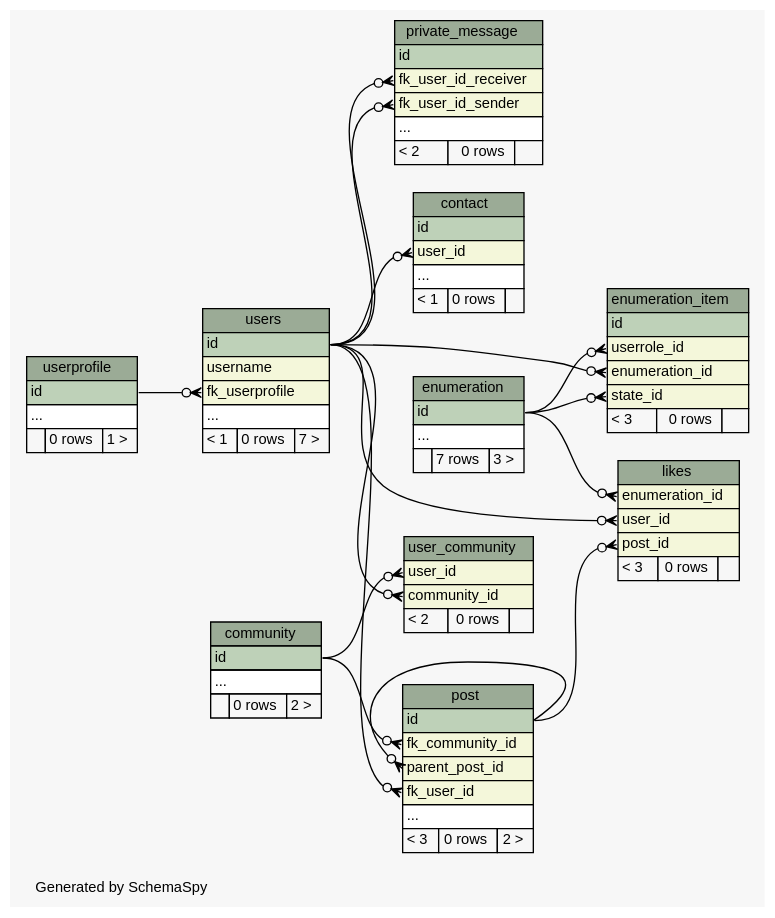
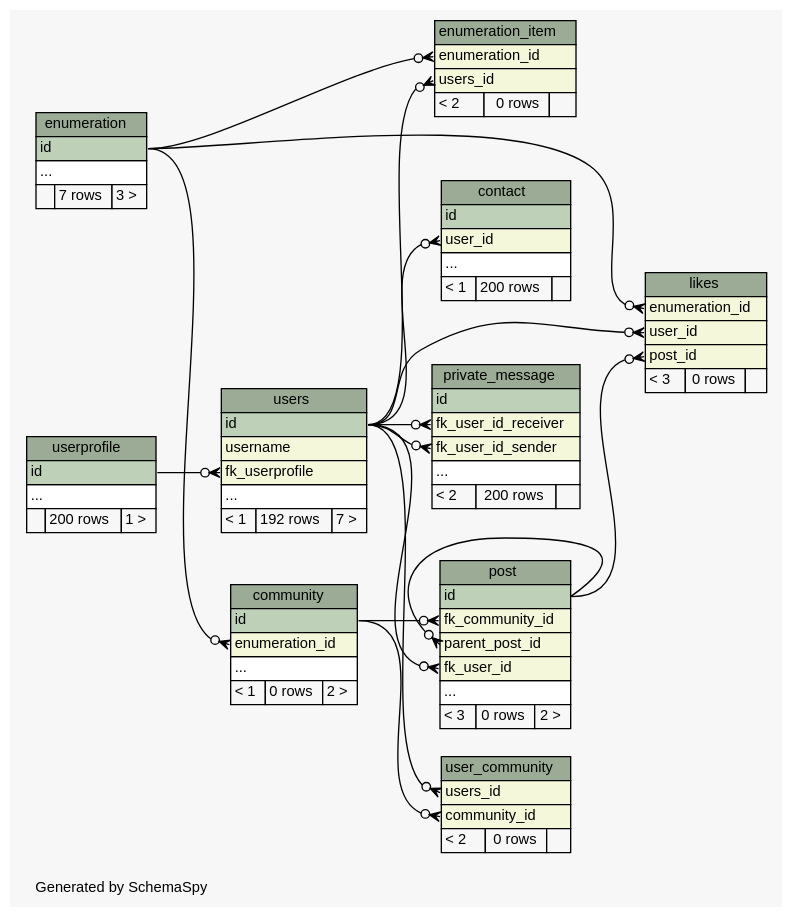
Before and after one commit to chr-krenn/chr-krenn-fhj-ws2017-sd17-pse: the diagram in doc/db_schema/diagrams/summary/relationships.real.compact.dot, drawn with Graphviz. The commit also changed 72 other files, not shown here.

```diff
--- a/doc/db_schema/diagrams/summary/relationships.real.compact.dot
+++ b/doc/db_schema/diagrams/summary/relationships.real.compact.dot
@@ -1,158 +1,157 @@
 // dot 2.40.1 on Linux 4.12.5-300.fc26.x86_64
 // SchemaSpy rev 590
 digraph "compactRelationshipsDiagram" {
   graph [
     rankdir="RL"
     bgcolor="#f7f7f7"
     label="\nGenerated by SchemaSpy"
     labeljust="l"
     nodesep="0.18"
     ranksep="0.46"
     fontname="Helvetica"
     fontsize="11"
   ];
   node [
     fontname="Helvetica"
     fontsize="11"
     shape="plaintext"
   ];
   edge [
     arrowsize="0.8"
   ];
   "community" [
     label=<
     <TABLE BORDER="0" CELLBORDER="1" CELLSPACING="0" BGCOLOR="#ffffff">
       <TR><TD COLSPAN="3" BGCOLOR="#9bab96" ALIGN="CENTER">community</TD></TR>
       <TR><TD PORT="id" COLSPAN="3" BGCOLOR="#bed1b8" ALIGN="LEFT">id</TD></TR>
+      <TR><TD PORT="enumeration_id" COLSPAN="3" BGCOLOR="#f4f7da" ALIGN="LEFT">enumeration_id</TD></TR>
       <TR><TD PORT="elipses" COLSPAN="3" ALIGN="LEFT">...</TD></TR>
-      <TR><TD ALIGN="LEFT" BGCOLOR="#f7f7f7">  </TD><TD ALIGN="RIGHT" BGCOLOR="#f7f7f7">0 rows</TD><TD ALIGN="RIGHT" BGCOLOR="#f7f7f7">2 &gt;</TD></TR>
+      <TR><TD ALIGN="LEFT" BGCOLOR="#f7f7f7">&lt; 1</TD><TD ALIGN="RIGHT" BGCOLOR="#f7f7f7">0 rows</TD><TD ALIGN="RIGHT" BGCOLOR="#f7f7f7">2 &gt;</TD></TR>
     </TABLE>>
     URL="tables/community.html"
     tooltip="community"
   ];
   "contact" [
     label=<
     <TABLE BORDER="0" CELLBORDER="1" CELLSPACING="0" BGCOLOR="#ffffff">
       <TR><TD COLSPAN="3" BGCOLOR="#9bab96" ALIGN="CENTER">contact</TD></TR>
       <TR><TD PORT="id" COLSPAN="3" BGCOLOR="#bed1b8" ALIGN="LEFT">id</TD></TR>
       <TR><TD PORT="user_id" COLSPAN="3" BGCOLOR="#f4f7da" ALIGN="LEFT">user_id</TD></TR>
       <TR><TD PORT="elipses" COLSPAN="3" ALIGN="LEFT">...</TD></TR>
-      <TR><TD ALIGN="LEFT" BGCOLOR="#f7f7f7">&lt; 1</TD><TD ALIGN="RIGHT" BGCOLOR="#f7f7f7">0 rows</TD><TD ALIGN="RIGHT" BGCOLOR="#f7f7f7">  </TD></TR>
+      <TR><TD ALIGN="LEFT" BGCOLOR="#f7f7f7">&lt; 1</TD><TD ALIGN="RIGHT" BGCOLOR="#f7f7f7">200 rows</TD><TD ALIGN="RIGHT" BGCOLOR="#f7f7f7">  </TD></TR>
     </TABLE>>
     URL="tables/contact.html"
     tooltip="contact"
   ];
   "enumeration" [
     label=<
     <TABLE BORDER="0" CELLBORDER="1" CELLSPACING="0" BGCOLOR="#ffffff">
       <TR><TD COLSPAN="3" BGCOLOR="#9bab96" ALIGN="CENTER">enumeration</TD></TR>
       <TR><TD PORT="id" COLSPAN="3" BGCOLOR="#bed1b8" ALIGN="LEFT">id</TD></TR>
       <TR><TD PORT="elipses" COLSPAN="3" ALIGN="LEFT">...</TD></TR>
       <TR><TD ALIGN="LEFT" BGCOLOR="#f7f7f7">  </TD><TD ALIGN="RIGHT" BGCOLOR="#f7f7f7">7 rows</TD><TD ALIGN="RIGHT" BGCOLOR="#f7f7f7">3 &gt;</TD></TR>
     </TABLE>>
     URL="tables/enumeration.html"
     tooltip="enumeration"
   ];
   "enumeration_item" [
     label=<
     <TABLE BORDER="0" CELLBORDER="1" CELLSPACING="0" BGCOLOR="#ffffff">
       <TR><TD COLSPAN="3" BGCOLOR="#9bab96" ALIGN="CENTER">enumeration_item</TD></TR>
-      <TR><TD PORT="id" COLSPAN="3" BGCOLOR="#bed1b8" ALIGN="LEFT">id</TD></TR>
-      <TR><TD PORT="userrole_id" COLSPAN="3" BGCOLOR="#f4f7da" ALIGN="LEFT">userrole_id</TD></TR>
       <TR><TD PORT="enumeration_id" COLSPAN="3" BGCOLOR="#f4f7da" ALIGN="LEFT">enumeration_id</TD></TR>
-      <TR><TD PORT="state_id" COLSPAN="3" BGCOLOR="#f4f7da" ALIGN="LEFT">state_id</TD></TR>
-      <TR><TD ALIGN="LEFT" BGCOLOR="#f7f7f7">&lt; 3</TD><TD ALIGN="RIGHT" BGCOLOR="#f7f7f7">0 rows</TD><TD ALIGN="RIGHT" BGCOLOR="#f7f7f7">  </TD></TR>
+      <TR><TD PORT="users_id" COLSPAN="3" BGCOLOR="#f4f7da" ALIGN="LEFT">users_id</TD></TR>
+      <TR><TD ALIGN="LEFT" BGCOLOR="#f7f7f7">&lt; 2</TD><TD ALIGN="RIGHT" BGCOLOR="#f7f7f7">0 rows</TD><TD ALIGN="RIGHT" BGCOLOR="#f7f7f7">  </TD></TR>
     </TABLE>>
     URL="tables/enumeration_item.html"
     tooltip="enumeration_item"
   ];
   "likes" [
     label=<
     <TABLE BORDER="0" CELLBORDER="1" CELLSPACING="0" BGCOLOR="#ffffff">
       <TR><TD COLSPAN="3" BGCOLOR="#9bab96" ALIGN="CENTER">likes</TD></TR>
       <TR><TD PORT="enumeration_id" COLSPAN="3" BGCOLOR="#f4f7da" ALIGN="LEFT">enumeration_id</TD></TR>
       <TR><TD PORT="user_id" COLSPAN="3" BGCOLOR="#f4f7da" ALIGN="LEFT">user_id</TD></TR>
       <TR><TD PORT="post_id" COLSPAN="3" BGCOLOR="#f4f7da" ALIGN="LEFT">post_id</TD></TR>
       <TR><TD ALIGN="LEFT" BGCOLOR="#f7f7f7">&lt; 3</TD><TD ALIGN="RIGHT" BGCOLOR="#f7f7f7">0 rows</TD><TD ALIGN="RIGHT" BGCOLOR="#f7f7f7">  </TD></TR>
     </TABLE>>
     URL="tables/likes.html"
     tooltip="likes"
   ];
   "post" [
     label=<
     <TABLE BORDER="0" CELLBORDER="1" CELLSPACING="0" BGCOLOR="#ffffff">
       <TR><TD COLSPAN="3" BGCOLOR="#9bab96" ALIGN="CENTER">post</TD></TR>
       <TR><TD PORT="id" COLSPAN="3" BGCOLOR="#bed1b8" ALIGN="LEFT">id</TD></TR>
       <TR><TD PORT="fk_community_id" COLSPAN="3" BGCOLOR="#f4f7da" ALIGN="LEFT">fk_community_id</TD></TR>
       <TR><TD PORT="parent_post_id" COLSPAN="3" BGCOLOR="#f4f7da" ALIGN="LEFT">parent_post_id</TD></TR>
       <TR><TD PORT="fk_user_id" COLSPAN="3" BGCOLOR="#f4f7da" ALIGN="LEFT">fk_user_id</TD></TR>
       <TR><TD PORT="elipses" COLSPAN="3" ALIGN="LEFT">...</TD></TR>
       <TR><TD ALIGN="LEFT" BGCOLOR="#f7f7f7">&lt; 3</TD><TD ALIGN="RIGHT" BGCOLOR="#f7f7f7">0 rows</TD><TD ALIGN="RIGHT" BGCOLOR="#f7f7f7">2 &gt;</TD></TR>
     </TABLE>>
     URL="tables/post.html"
     tooltip="post"
   ];
   "private_message" [
     label=<
     <TABLE BORDER="0" CELLBORDER="1" CELLSPACING="0" BGCOLOR="#ffffff">
       <TR><TD COLSPAN="3" BGCOLOR="#9bab96" ALIGN="CENTER">private_message</TD></TR>
       <TR><TD PORT="id" COLSPAN="3" BGCOLOR="#bed1b8" ALIGN="LEFT">id</TD></TR>
       <TR><TD PORT="fk_user_id_receiver" COLSPAN="3" BGCOLOR="#f4f7da" ALIGN="LEFT">fk_user_id_receiver</TD></TR>
       <TR><TD PORT="fk_user_id_sender" COLSPAN="3" BGCOLOR="#f4f7da" ALIGN="LEFT">fk_user_id_sender</TD></TR>
       <TR><TD PORT="elipses" COLSPAN="3" ALIGN="LEFT">...</TD></TR>
-      <TR><TD ALIGN="LEFT" BGCOLOR="#f7f7f7">&lt; 2</TD><TD ALIGN="RIGHT" BGCOLOR="#f7f7f7">0 rows</TD><TD ALIGN="RIGHT" BGCOLOR="#f7f7f7">  </TD></TR>
+      <TR><TD ALIGN="LEFT" BGCOLOR="#f7f7f7">&lt; 2</TD><TD ALIGN="RIGHT" BGCOLOR="#f7f7f7">200 rows</TD><TD ALIGN="RIGHT" BGCOLOR="#f7f7f7">  </TD></TR>
     </TABLE>>
     URL="tables/private_message.html"
     tooltip="private_message"
   ];
   "user_community" [
     label=<
     <TABLE BORDER="0" CELLBORDER="1" CELLSPACING="0" BGCOLOR="#ffffff">
       <TR><TD COLSPAN="3" BGCOLOR="#9bab96" ALIGN="CENTER">user_community</TD></TR>
-      <TR><TD PORT="user_id" COLSPAN="3" BGCOLOR="#f4f7da" ALIGN="LEFT">user_id</TD></TR>
+      <TR><TD PORT="users_id" COLSPAN="3" BGCOLOR="#f4f7da" ALIGN="LEFT">users_id</TD></TR>
       <TR><TD PORT="community_id" COLSPAN="3" BGCOLOR="#f4f7da" ALIGN="LEFT">community_id</TD></TR>
       <TR><TD ALIGN="LEFT" BGCOLOR="#f7f7f7">&lt; 2</TD><TD ALIGN="RIGHT" BGCOLOR="#f7f7f7">0 rows</TD><TD ALIGN="RIGHT" BGCOLOR="#f7f7f7">  </TD></TR>
     </TABLE>>
     URL="tables/user_community.html"
     tooltip="user_community"
   ];
   "userprofile" [
     label=<
     <TABLE BORDER="0" CELLBORDER="1" CELLSPACING="0" BGCOLOR="#ffffff">
       <TR><TD COLSPAN="3" BGCOLOR="#9bab96" ALIGN="CENTER">userprofile</TD></TR>
       <TR><TD PORT="id" COLSPAN="3" BGCOLOR="#bed1b8" ALIGN="LEFT">id</TD></TR>
       <TR><TD PORT="elipses" COLSPAN="3" ALIGN="LEFT">...</TD></TR>
-      <TR><TD ALIGN="LEFT" BGCOLOR="#f7f7f7">  </TD><TD ALIGN="RIGHT" BGCOLOR="#f7f7f7">0 rows</TD><TD ALIGN="RIGHT" BGCOLOR="#f7f7f7">1 &gt;</TD></TR>
+      <TR><TD ALIGN="LEFT" BGCOLOR="#f7f7f7">  </TD><TD ALIGN="RIGHT" BGCOLOR="#f7f7f7">200 rows</TD><TD ALIGN="RIGHT" BGCOLOR="#f7f7f7">1 &gt;</TD></TR>
     </TABLE>>
     URL="tables/userprofile.html"
     tooltip="userprofile"
   ];
   "users" [
     label=<
     <TABLE BORDER="0" CELLBORDER="1" CELLSPACING="0" BGCOLOR="#ffffff">
       <TR><TD COLSPAN="3" BGCOLOR="#9bab96" ALIGN="CENTER">users</TD></TR>
       <TR><TD PORT="id" COLSPAN="3" BGCOLOR="#bed1b8" ALIGN="LEFT">id</TD></TR>
       <TR><TD PORT="username" COLSPAN="3" BGCOLOR="#f4f7da" ALIGN="LEFT">username</TD></TR>
       <TR><TD PORT="fk_userprofile" COLSPAN="3" BGCOLOR="#f4f7da" ALIGN="LEFT">fk_userprofile</TD></TR>
       <TR><TD PORT="elipses" COLSPAN="3" ALIGN="LEFT">...</TD></TR>
-      <TR><TD ALIGN="LEFT" BGCOLOR="#f7f7f7">&lt; 1</TD><TD ALIGN="RIGHT" BGCOLOR="#f7f7f7">0 rows</TD><TD ALIGN="RIGHT" BGCOLOR="#f7f7f7">7 &gt;</TD></TR>
+      <TR><TD ALIGN="LEFT" BGCOLOR="#f7f7f7">&lt; 1</TD><TD ALIGN="RIGHT" BGCOLOR="#f7f7f7">192 rows</TD><TD ALIGN="RIGHT" BGCOLOR="#f7f7f7">7 &gt;</TD></TR>
     </TABLE>>
     URL="tables/users.html"
     tooltip="users"
   ];
+  "community":"enumeration_id":w -> "enumeration":"id":e [arrowhead=none dir=back arrowtail=crowodot];
   "contact":"user_id":w -> "users":"id":e [arrowhead=none dir=back arrowtail=crowodot];
-  "enumeration_item":"enumeration_id":w -> "users":"id":e [arrowhead=none dir=back arrowtail=crowodot];
-  "enumeration_item":"state_id":w -> "enumeration":"id":e [arrowhead=none dir=back arrowtail=crowodot];
-  "enumeration_item":"userrole_id":w -> "enumeration":"id":e [arrowhead=none dir=back arrowtail=crowodot];
+  "enumeration_item":"enumeration_id":w -> "enumeration":"id":e [arrowhead=none dir=back arrowtail=crowodot];
+  "enumeration_item":"users_id":w -> "users":"id":e [arrowhead=none dir=back arrowtail=crowodot];
   "likes":"enumeration_id":w -> "enumeration":"id":e [arrowhead=none dir=back arrowtail=crowodot];
   "likes":"post_id":w -> "post":"id":e [arrowhead=none dir=back arrowtail=crowodot];
   "likes":"user_id":w -> "users":"id":e [arrowhead=none dir=back arrowtail=crowodot];
   "post":"fk_community_id":w -> "community":"id":e [arrowhead=none dir=back arrowtail=crowodot];
   "post":"fk_user_id":w -> "users":"id":e [arrowhead=none dir=back arrowtail=crowodot];
   "post":"parent_post_id":w -> "post":"id":e [arrowhead=none dir=back arrowtail=crowodot];
   "private_message":"fk_user_id_receiver":w -> "users":"id":e [arrowhead=none dir=back arrowtail=crowodot];
   "private_message":"fk_user_id_sender":w -> "users":"id":e [arrowhead=none dir=back arrowtail=crowodot];
-  "user_community":"community_id":w -> "users":"id":e [arrowhead=none dir=back arrowtail=crowodot];
-  "user_community":"user_id":w -> "community":"id":e [arrowhead=none dir=back arrowtail=crowodot];
+  "user_community":"community_id":w -> "community":"id":e [arrowhead=none dir=back arrowtail=crowodot];
+  "user_community":"users_id":w -> "users":"id":e [arrowhead=none dir=back arrowtail=crowodot];
   "users":"fk_userprofile":w -> "userprofile":"id":e [arrowhead=none dir=back arrowtail=crowodot];
 }
```
